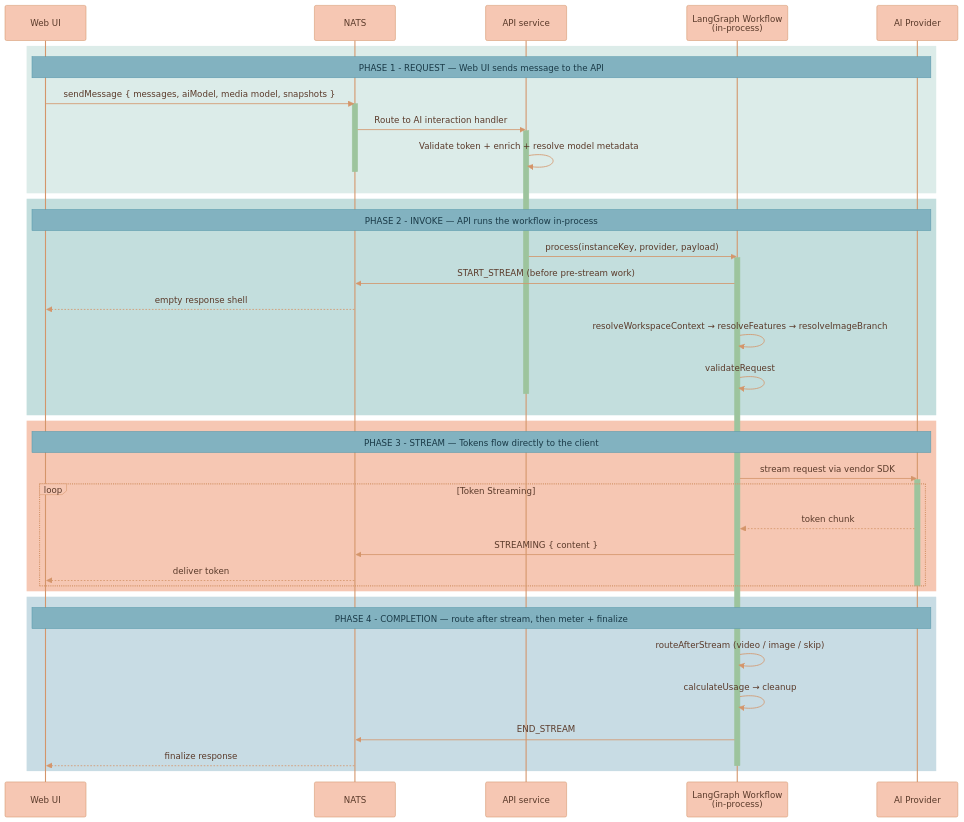
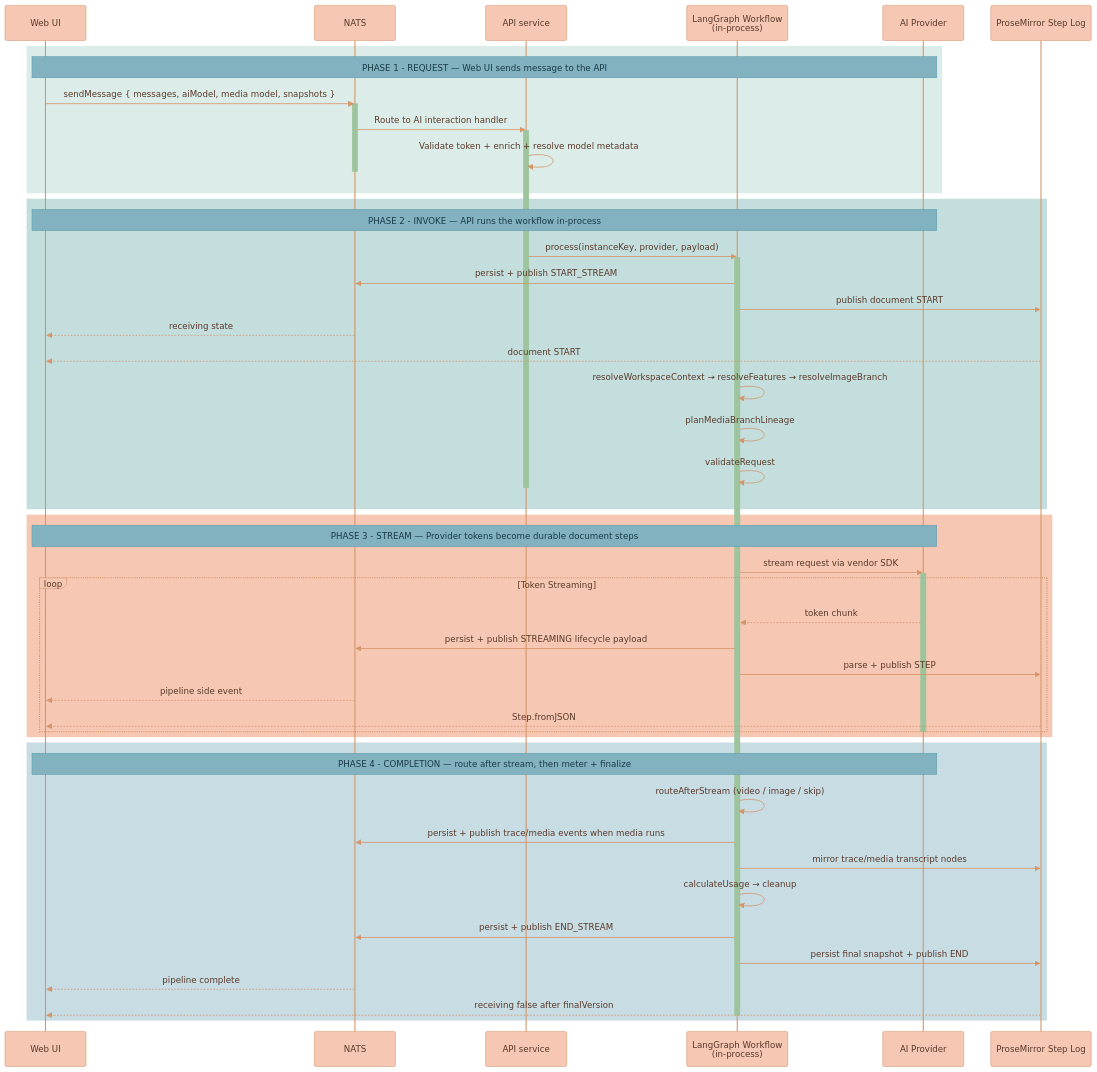
Before and after one commit to Lixpi/lixpi: the third of 3 diagrams in documentation/platform/AI-GENERATION-PIPELINE.md, drawn with Mermaid. The commit also changed other lines of this file and 61 other files, not shown here.

````diff
--- a/documentation/platform/AI-GENERATION-PIPELINE.md
+++ b/documentation/platform/AI-GENERATION-PIPELINE.md
@@ -266,63 +273,73 @@
 ```mermaid
 %%{init: {'theme': 'base', 'themeVariables': { 'noteBkgColor': '#82B2C0', 'noteTextColor': '#1a3a47', 'noteBorderColor': '#5a9aad', 'actorBkg': '#F6C7B3', 'actorBorder': '#d4956a', 'actorTextColor': '#5a3a2a', 'actorLineColor': '#d4956a', 'signalColor': '#d4956a', 'signalTextColor': '#5a3a2a', 'labelBoxBkgColor': '#F6C7B3', 'labelBoxBorderColor': '#d4956a', 'labelTextColor': '#5a3a2a', 'loopTextColor': '#5a3a2a', 'activationBorderColor': '#9DC49D', 'activationBkgColor': '#9DC49D', 'sequenceNumberColor': '#5a3a2a'}}}%%
 sequenceDiagram
     participant WebUI as Web UI
     participant NATS as NATS
     participant API as API service
     participant LLM as LangGraph Workflow<br/>(in-process)
     participant AI as AI Provider
+    participant PM as ProseMirror Step Log
 
     %% ═══════════════════════════════════════════════════════════════
     %% PHASE 1: REQUEST
     %% ═══════════════════════════════════════════════════════════════
     rect rgb(220, 236, 233)
         Note over WebUI, AI: PHASE 1 - REQUEST — Web UI sends message to the API
         WebUI->>NATS: sendMessage { messages, aiModel, media model, snapshots }
         activate NATS
         NATS->>API: Route to AI interaction handler
         activate API
         API->>API: Validate token + enrich + resolve model metadata
         deactivate NATS
     end
 
     %% ═══════════════════════════════════════════════════════════════
     %% PHASE 2: INVOKE + PRE-STREAM
     %% ═══════════════════════════════════════════════════════════════
     rect rgb(195, 222, 221)
         Note over WebUI, AI: PHASE 2 - INVOKE — API runs the workflow in-process
         API->>LLM: process(instanceKey, provider, payload)
         activate LLM
-        LLM->>NATS: START_STREAM (before pre-stream work)
-        NATS-->>WebUI: empty response shell
+        LLM->>NATS: persist + publish START_STREAM
+        LLM->>PM: publish document START
+        NATS-->>WebUI: receiving state
+        PM-->>WebUI: document START
         LLM->>LLM: resolveWorkspaceContext → resolveFeatures → resolveImageBranch
+        LLM->>LLM: planMediaBranchLineage
         LLM->>LLM: validateRequest
         deactivate API
     end
 
     %% ═══════════════════════════════════════════════════════════════
     %% PHASE 3: STREAM
     %% ═══════════════════════════════════════════════════════════════
     rect rgb(246, 199, 179)
-        Note over WebUI, AI: PHASE 3 - STREAM — Tokens flow directly to the client
+        Note over WebUI, AI: PHASE 3 - STREAM — Provider tokens become durable document steps
         LLM->>AI: stream request via vendor SDK
         activate AI
         loop Token Streaming
             AI-->>LLM: token chunk
-            LLM->>NATS: STREAMING { content }
-            NATS-->>WebUI: deliver token
+            LLM->>NATS: persist + publish STREAMING lifecycle payload
+            LLM->>PM: parse + publish STEP
+            NATS-->>WebUI: pipeline side event
+            PM-->>WebUI: Step.fromJSON
         end
         deactivate AI
     end
 
     %% ═══════════════════════════════════════════════════════════════
     %% PHASE 4: COMPLETION
     %% ═══════════════════════════════════════════════════════════════
     rect rgb(200, 220, 228)
         Note over WebUI, AI: PHASE 4 - COMPLETION — route after stream, then meter + finalize
         LLM->>LLM: routeAfterStream (video / image / skip)
+        LLM->>NATS: persist + publish trace/media events when media runs
+        LLM->>PM: mirror trace/media transcript nodes
         LLM->>LLM: calculateUsage → cleanup
-        LLM->>NATS: END_STREAM
-        NATS-->>WebUI: finalize response
+        LLM->>NATS: persist + publish END_STREAM
+        LLM->>PM: persist final snapshot + publish END
+        NATS-->>WebUI: pipeline complete
+        PM-->>WebUI: receiving false after finalVersion
         deactivate LLM
     end
 ```
````
